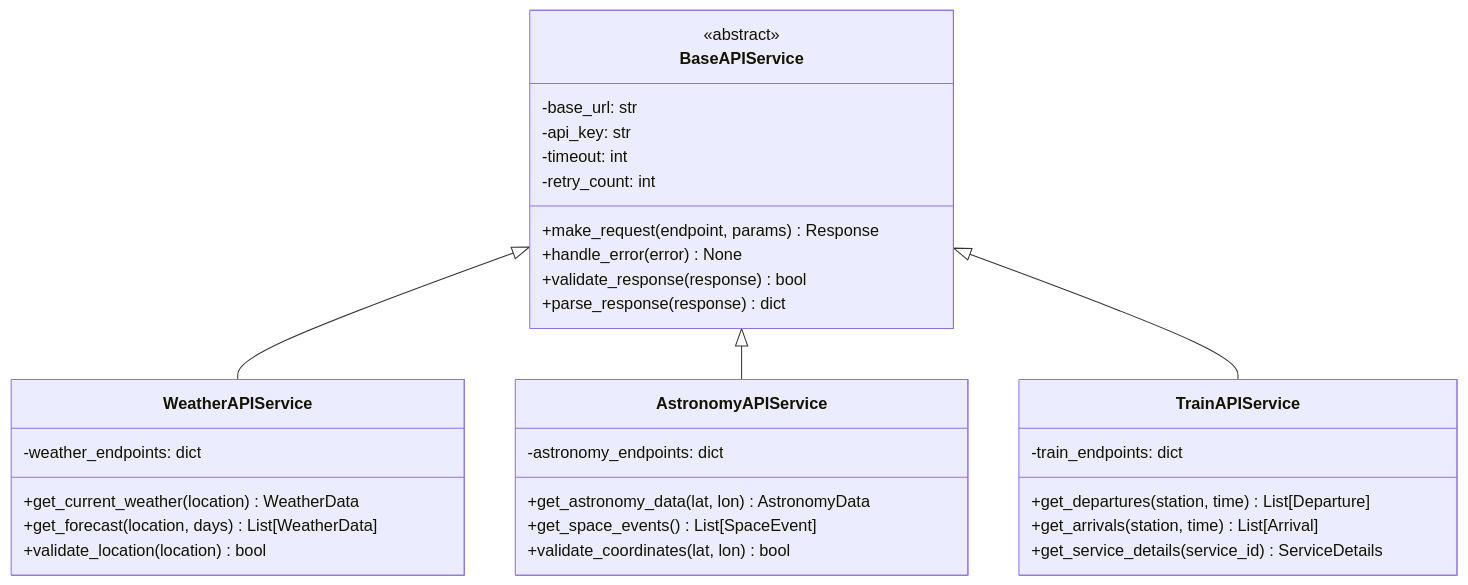
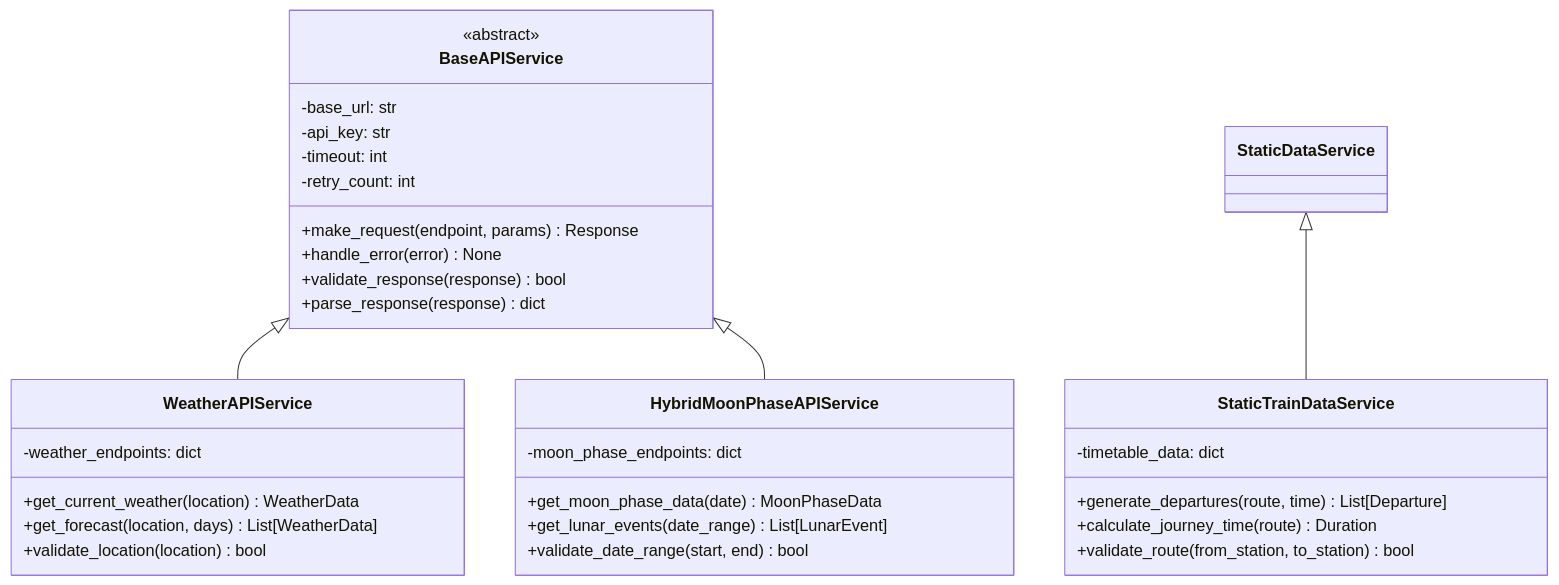
One commit to oernster/trainer changed the ninth of 15 diagrams in docs/service-architecture.md. Above: the diagram before and after it, drawn with Mermaid. The commit also changed other lines of this file and 19 other files, not shown here.

Commit message:
Hybrid API moon phasing solution for accuracy.

````diff
--- a/docs/service-architecture.md
+++ b/docs/service-architecture.md
@@ -380,43 +386,43 @@
 ```mermaid
 classDiagram
     class BaseAPIService {
         <<abstract>>
         -base_url: str
         -api_key: str
         -timeout: int
         -retry_count: int
         
         +make_request(endpoint, params) Response
         +handle_error(error) None
         +validate_response(response) bool
         +parse_response(response) dict
     }
     
     class WeatherAPIService {
         -weather_endpoints: dict
         
         +get_current_weather(location) WeatherData
         +get_forecast(location, days) List[WeatherData]
         +validate_location(location) bool
     }
     
-    class AstronomyAPIService {
-        -astronomy_endpoints: dict
+    class HybridMoonPhaseAPIService {
+        -moon_phase_endpoints: dict
         
-        +get_astronomy_data(lat, lon) AstronomyData
-        +get_space_events() List[SpaceEvent]
-        +validate_coordinates(lat, lon) bool
+        +get_moon_phase_data(date) MoonPhaseData
+        +get_lunar_events(date_range) List[LunarEvent]
+        +validate_date_range(start, end) bool
     }
     
-    class TrainAPIService {
-        -train_endpoints: dict
+    class StaticTrainDataService {
+        -timetable_data: dict
         
-        +get_departures(station, time) List[Departure]
-        +get_arrivals(station, time) List[Arrival]
-        +get_service_details(service_id) ServiceDetails
+        +generate_departures(route, time) List[Departure]
+        +calculate_journey_time(route) Duration
+        +validate_route(from_station, to_station) bool
     }
     
     BaseAPIService <|-- WeatherAPIService
-    BaseAPIService <|-- AstronomyAPIService
-    BaseAPIService <|-- TrainAPIService
+    BaseAPIService <|-- HybridMoonPhaseAPIService
+    StaticDataService <|-- StaticTrainDataService
 ```
````
